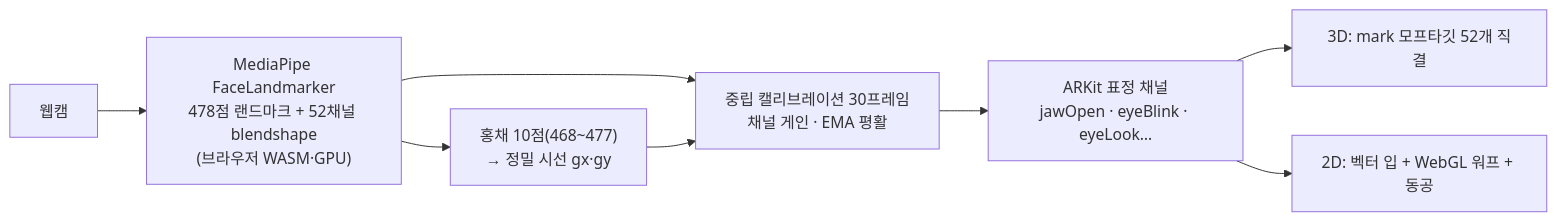
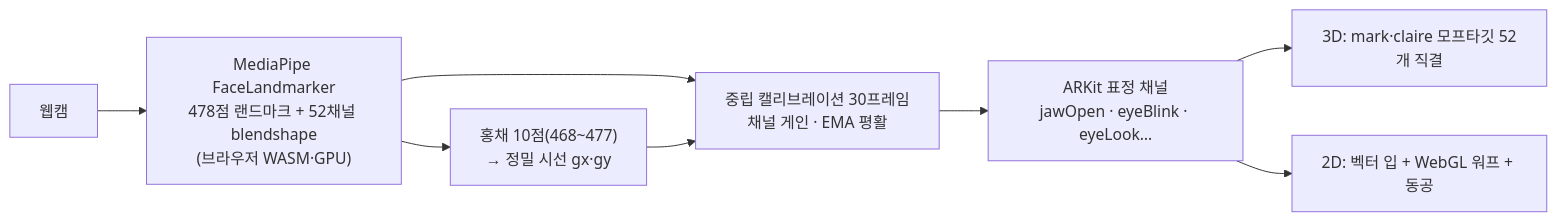
Before and after one commit to ingon1026/drawface-live: the diagram in README.md, drawn with Mermaid. The commit also changed other lines of this file and 2 other files, not shown here.

````diff
--- a/README.md
+++ b/README.md
@@ -31,10 +32,10 @@
 ```mermaid
 flowchart LR
     A[웹캠] --> B["MediaPipe FaceLandmarker<br/>478점 랜드마크 + 52채널 blendshape<br/>(브라우저 WASM·GPU)"]
     B --> C["중립 캘리브레이션 30프레임<br/>채널 게인 · EMA 평활"]
     B --> G["홍채 10점(468~477)<br/>→ 정밀 시선 gx·gy"]
     G --> C
     C --> D["ARKit 표정 채널<br/>jawOpen · eyeBlink · eyeLook…"]
-    D --> E["3D: mark 모프타깃 52개 직결"]
+    D --> E["3D: mark·claire 모프타깃 52개 직결"]
     D --> F["2D: 벡터 입 + WebGL 워프 + 동공"]
 ```
````
